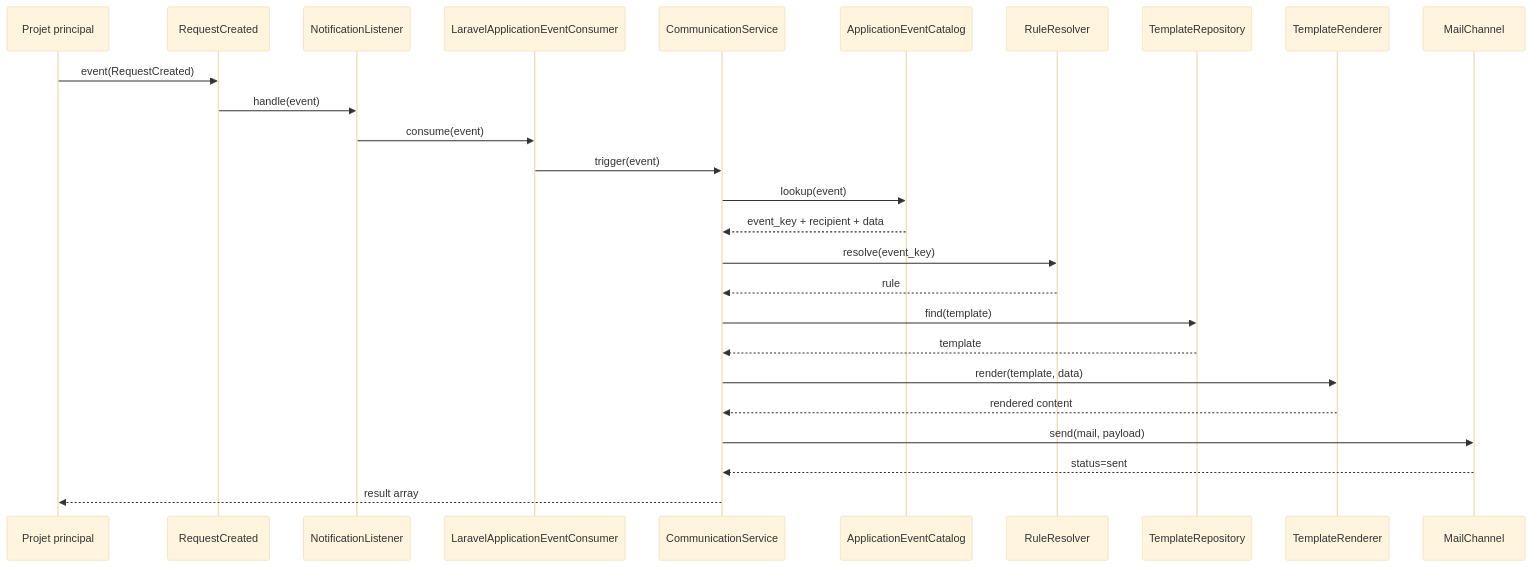
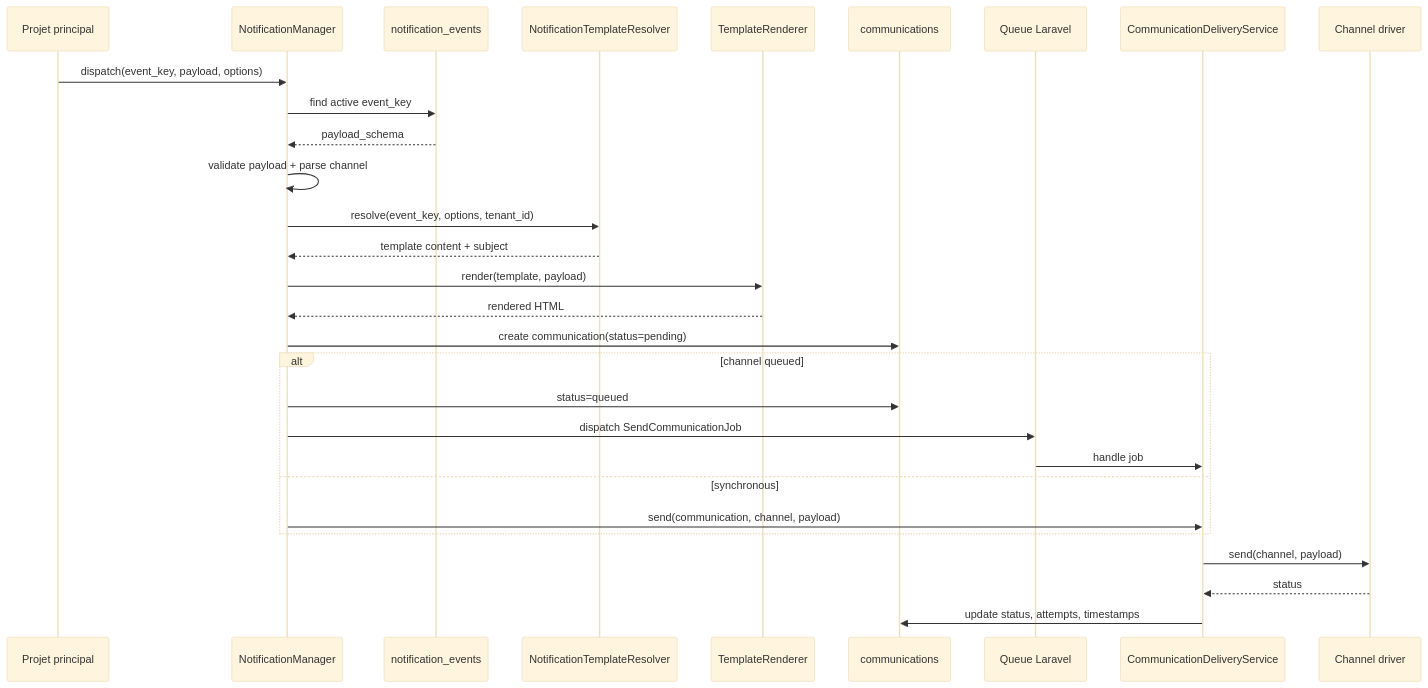
One commit to Alex-Saba/notificationmanager changed the second of 7 diagrams in docs/DIAGRAMS.md. Above: the diagram before and after it, drawn with Mermaid (base theme). The commit also changed other lines of this file and 5 other files, not shown here.

````diff
--- a/docs/DIAGRAMS.md
+++ b/docs/DIAGRAMS.md
@@ -32,29 +29,32 @@
 ```mermaid
 sequenceDiagram
     participant Host as Projet principal
-    participant Event as RequestCreated
-    participant Listener as NotificationListener
-    participant Consumer as LaravelApplicationEventConsumer
-    participant Service as CommunicationService
-    participant Catalog as ApplicationEventCatalog
-    participant Rules as RuleResolver
-    participant Templates as TemplateRepository
+    participant Manager as NotificationManager
+    participant Events as notification_events
+    participant Templates as NotificationTemplateResolver
     participant Renderer as TemplateRenderer
-    participant Mail as MailChannel
+    participant Log as communications
+    participant Queue as Queue Laravel
+    participant Delivery as CommunicationDeliveryService
+    participant Channel as Channel driver
 
-    Host->>Event: event(RequestCreated)
-    Event->>Listener: handle(event)
-    Listener->>Consumer: consume(event)
-    Consumer->>Service: trigger(event)
-    Service->>Catalog: lookup(event)
-    Catalog-->>Service: event_key + recipient + data
-    Service->>Rules: resolve(event_key)
-    Rules-->>Service: rule
-    Service->>Templates: find(template)
-    Templates-->>Service: template
-    Service->>Renderer: render(template, data)
-    Renderer-->>Service: rendered content
-    Service->>Mail: send(mail, payload)
-    Mail-->>Service: status=sent
-    Service-->>Host: result array
+    Host->>Manager: dispatch(event_key, payload, options)
+    Manager->>Events: find active event_key
+    Events-->>Manager: payload_schema
+    Manager->>Manager: validate payload + parse channel
+    Manager->>Templates: resolve(event_key, options, tenant_id)
+    Templates-->>Manager: template content + subject
+    Manager->>Renderer: render(template, payload)
+    Renderer-->>Manager: rendered HTML
+    Manager->>Log: create communication(status=pending)
+    alt channel queued
+        Manager->>Log: status=queued
+        Manager->>Queue: dispatch SendCommunicationJob
+        Queue->>Delivery: handle job
+    else synchronous
+        Manager->>Delivery: send(communication, channel, payload)
+    end
+    Delivery->>Channel: send(channel, payload)
+    Channel-->>Delivery: status
+    Delivery->>Log: update status, attempts, timestamps
 ```
````
